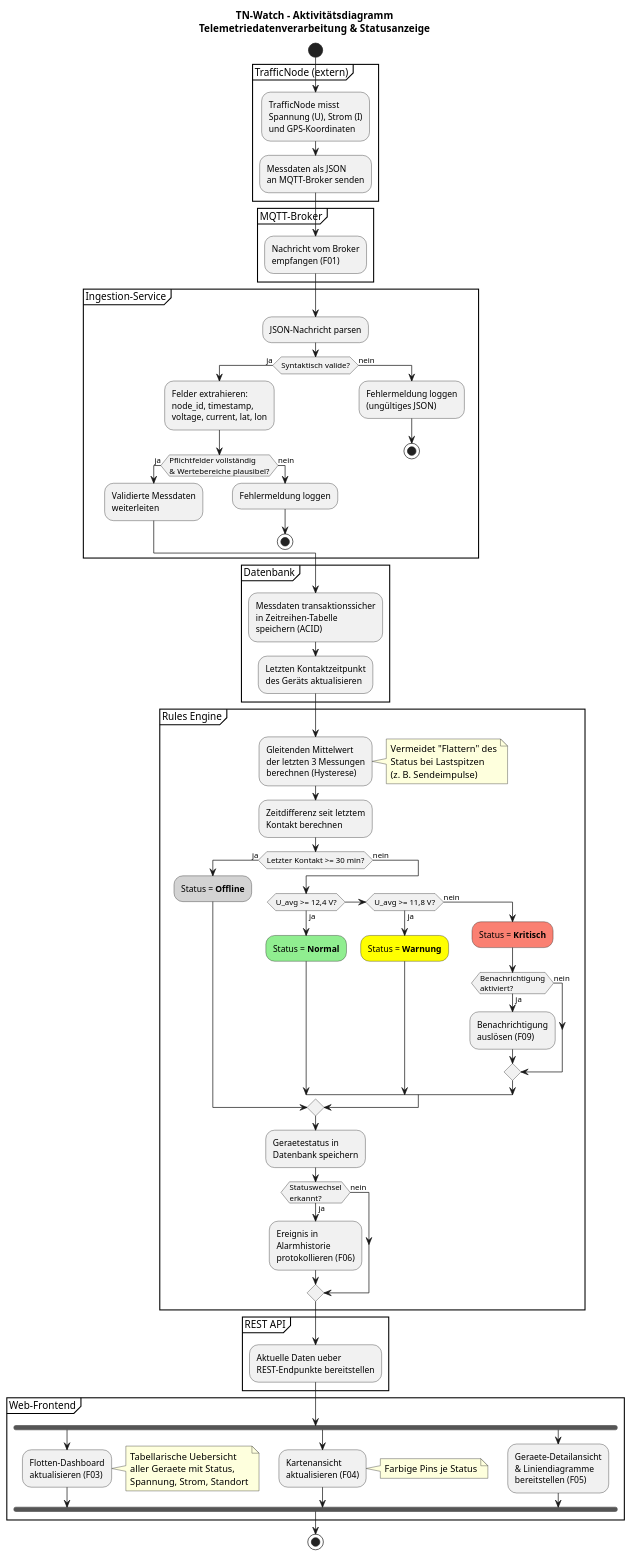
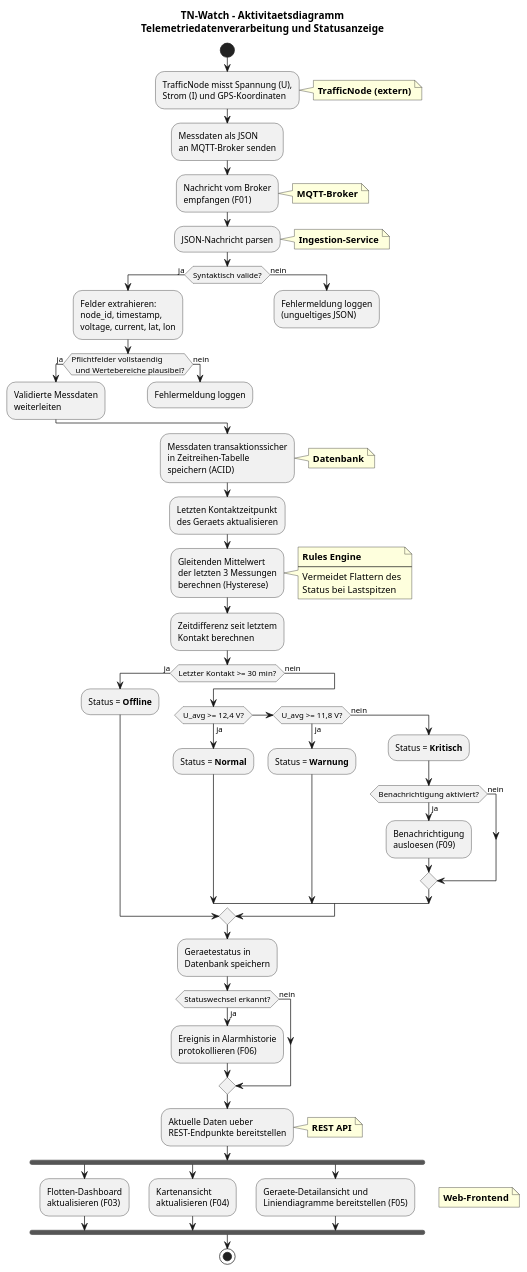
One commit to dennisnik/Semesterprojekt_Software_Engineering changed the diagram in docs/activity_diagram.puml. Above: the diagram before and after it, drawn with PlantUML. The commit also changed 2 other files, not shown here.

Commit message:
docs: update PlantUML diagrams again

```diff
--- a/docs/activity_diagram.puml
+++ b/docs/activity_diagram.puml
@@ -1,121 +1,125 @@
 @startuml activity_diagram
 
 ' ============================================================
-' TN-Watch – Aktivitätsdiagramm
-' Hauptprozess: Telemetriedatenverarbeitung & Statusbewertung
-' Quelle: README.md (Architektur Kap. 9, Statusregeln Kap. 7,
-'         Anforderungen F01–F05)
+' TN-Watch - Aktivitaetsdiagramm
+' Hauptprozess: Telemetriedatenverarbeitung und Statusbewertung
+' Quelle: README.md Architektur Kap. 9, Statusregeln Kap. 7,
+'         Anforderungen F01-F05
 ' ============================================================
 
-title TN-Watch – Aktivitätsdiagramm\nTelemetriedatenverarbeitung & Statusanzeige
+title TN-Watch - Aktivitaetsdiagramm\nTelemetriedatenverarbeitung und Statusanzeige
 
 start
 
-' ── Datenerzeugung & Empfang ─────────────────────────────────
+' -- Datenerzeugung und Empfang --
 
-partition "TrafficNode (extern)" {
-  :TrafficNode misst
-  Spannung (U), Strom (I)
-  und GPS-Koordinaten;
-  :Messdaten als JSON
-  an MQTT-Broker senden;
-}
+:TrafficNode misst Spannung (U),
+Strom (I) und GPS-Koordinaten;
+note right: **TrafficNode (extern)**
 
-partition "MQTT-Broker" {
-  :Nachricht vom Broker\nempfangen (F01);
-}
+:Messdaten als JSON
+an MQTT-Broker senden;
 
-' ── Ingestion-Service ────────────────────────────────────────
+' -- MQTT-Broker --
 
-partition "Ingestion-Service" {
-  :JSON-Nachricht parsen;
+:Nachricht vom Broker
+empfangen (F01);
+note right: **MQTT-Broker**
 
-  if (Syntaktisch valide?) then (ja)
-    :Felder extrahieren:\nnode_id, timestamp,\nvoltage, current, lat, lon;
+' -- Ingestion-Service --
 
-    if (Pflichtfelder vollständig\n& Wertebereiche plausibel?) then (ja)
-      :Validierte Messdaten\nweiterleiten;
+:JSON-Nachricht parsen;
+note right: **Ingestion-Service**
+
+if (Syntaktisch valide?) then (ja)
+  :Felder extrahieren:
+  node_id, timestamp,
+  voltage, current, lat, lon;
+
+  if (Pflichtfelder vollstaendig
+  und Wertebereiche plausibel?) then (ja)
+    :Validierte Messdaten
+    weiterleiten;
+  else (nein)
+    :Fehlermeldung loggen;
+    kill
+  endif
+else (nein)
+  :Fehlermeldung loggen
+  (ungueltiges JSON);
+  kill
+endif
+
+' -- Persistenz (Datenbank) --
+
+:Messdaten transaktionssicher
+in Zeitreihen-Tabelle
+speichern (ACID);
+note right: **Datenbank**
+
+:Letzten Kontaktzeitpunkt
+des Geraets aktualisieren;
+
+' -- Statusbewertung (Rules Engine) --
+
+:Gleitenden Mittelwert
+der letzten 3 Messungen
+berechnen (Hysterese);
+note right
+  **Rules Engine**
+  ----
+  Vermeidet Flattern des
+  Status bei Lastspitzen
+end note
+
+:Zeitdifferenz seit letztem
+Kontakt berechnen;
+
+if (Letzter Kontakt >= 30 min?) then (ja)
+  :Status = **Offline**;
+else (nein)
+  if (U_avg >= 12,4 V?) then (ja)
+    :Status = **Normal**;
+  elseif (U_avg >= 11,8 V?) then (ja)
+    :Status = **Warnung**;
+  else (nein)
+    :Status = **Kritisch**;
+    if (Benachrichtigung aktiviert?) then (ja)
+      :Benachrichtigung
+      ausloesen (F09);
     else (nein)
-      :Fehlermeldung loggen;
-      stop
-    endif
-  else (nein)
-    :Fehlermeldung loggen\n(ungültiges JSON);
-    stop
-  endif
-}
-
-' ── Persistenz ───────────────────────────────────────────────
-
-partition "Datenbank" {
-  :Messdaten transaktionssicher\nin Zeitreihen-Tabelle\nspeichern (ACID);
-
-  :Letzten Kontaktzeitpunkt\ndes Geräts aktualisieren;
-}
-
-' ── Statusbewertung (Rules Engine) ───────────────────────────
-
-partition "Rules Engine" {
-  :Gleitenden Mittelwert\nder letzten 3 Messungen\nberechnen (Hysterese);
-
-  note right
-    Vermeidet "Flattern" des
-    Status bei Lastspitzen
-    (z. B. Sendeimpulse)
-  end note
-
-  :Zeitdifferenz seit letztem\nKontakt berechnen;
-
-  if (Letzter Kontakt >= 30 min?) then (ja)
-    #LightGray:Status = **Offline**;
-  else (nein)
-    if (U_avg >= 12,4 V?) then (ja)
-      #LightGreen:Status = **Normal**;
-    elseif (U_avg >= 11,8 V?) then (ja)
-      #Yellow:Status = **Warnung**;
-    else (nein)
-      #Salmon:Status = **Kritisch**;
-
-      ' ── Optionale Benachrichtigung (F09) ──
-      if (Benachrichtigung\naktiviert?) then (ja)
-        :Benachrichtigung\nauslösen (F09);
-      else (nein)
-      endif
     endif
   endif
+endif
 
-  :Geraetestatus in\nDatenbank speichern;
+:Geraetestatus in
+Datenbank speichern;
 
-  if (Statuswechsel\nerkannt?) then (ja)
-    :Ereignis in\nAlarmhistorie\nprotokollieren (F06);
-  else (nein)
-  endif
-}
+if (Statuswechsel erkannt?) then (ja)
+  :Ereignis in Alarmhistorie
+  protokollieren (F06);
+else (nein)
+endif
 
-' ── REST API & Frontend ──────────────────────────────────────
+' -- REST API und Frontend --
 
-partition "REST API" {
-  :Aktuelle Daten ueber\nREST-Endpunkte bereitstellen;
-}
+:Aktuelle Daten ueber
+REST-Endpunkte bereitstellen;
+note right: **REST API**
 
-partition "Web-Frontend" {
-  fork
-    :Flotten-Dashboard\naktualisieren (F03);
-    note right
-      Tabellarische Uebersicht
-      aller Geraete mit Status,
-      Spannung, Strom, Standort
-    end note
-  fork again
-    :Kartenansicht\naktualisieren (F04);
-    note right
-      Farbige Pins je Status
-    end note
-  fork again
-    :Geraete-Detailansicht\n& Liniendiagramme\nbereitstellen (F05);
-  end fork
-}
+fork
+  :Flotten-Dashboard
+  aktualisieren (F03);
+fork again
+  :Kartenansicht
+  aktualisieren (F04);
+fork again
+  :Geraete-Detailansicht und
+  Liniendiagramme bereitstellen (F05);
+end fork
+
+note right: **Web-Frontend**
 
 stop
 
 @enduml
```
